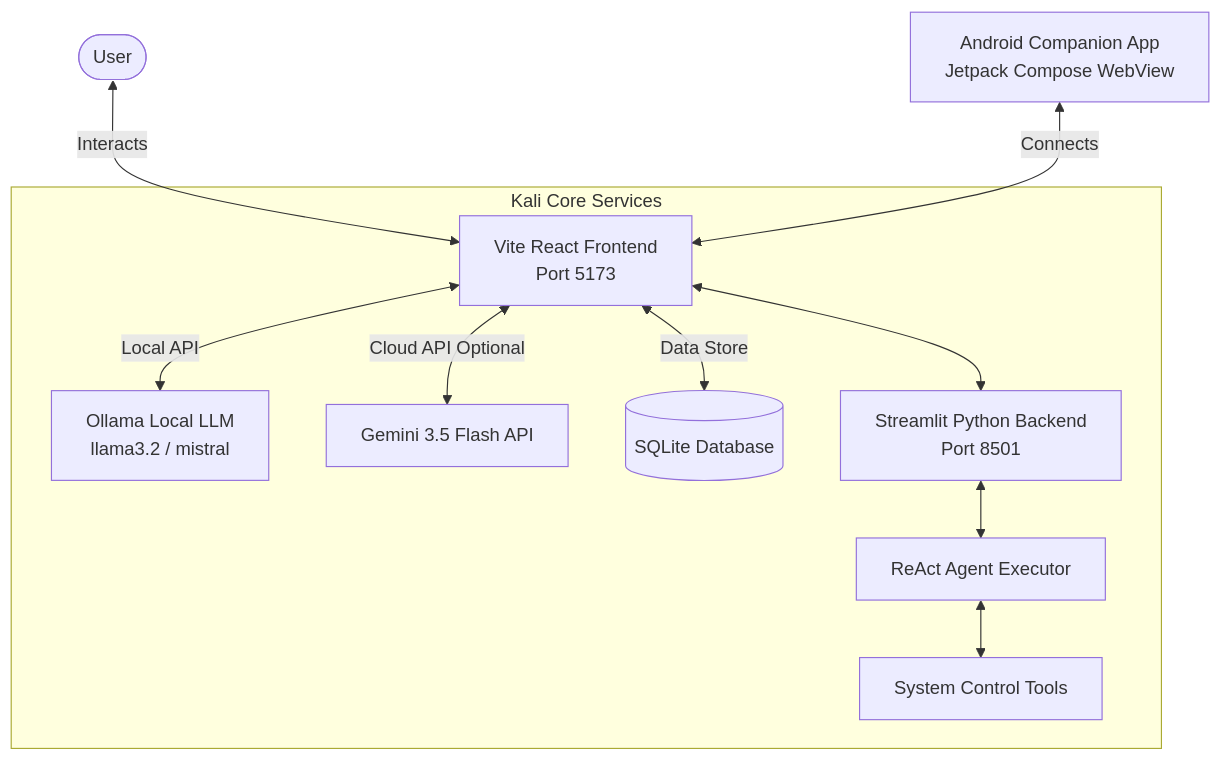
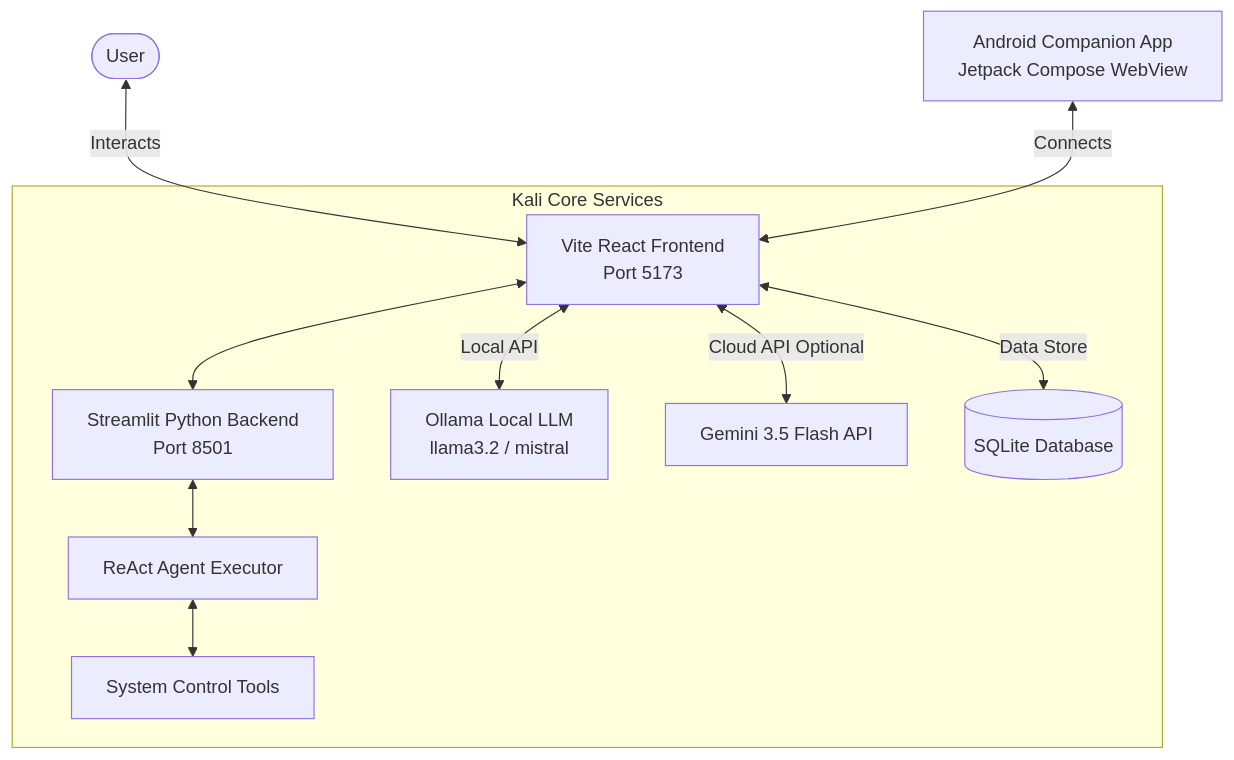
The diagram in README.md (mrlvuruk-stack/kali.ai), drawn with Mermaid before and after one commit.

Commit message:
fix: reorganize Mermaid nodes inside subgraph to avoid layout routing conflict

````diff
--- a/README.md
+++ b/README.md
@@ -16,15 +16,22 @@
 ```mermaid
 graph TD
-    User([User]) <--> |Interacts| ReactApp[Vite React Frontend<br>Port 5173]
+    User([User]) <--> |Interacts| ReactApp
     AndroidApp[Android Companion App<br>Jetpack Compose WebView] <--> |Connects| ReactApp
-    
-    subgraph backend ["Kali Core Services"]
-        ReactApp <--> |Local API| Ollama[Ollama Local LLM<br>llama3.2 / mistral]
-        ReactApp <--> |Cloud API Optional| Gemini[Gemini 3.5 Flash API]
-        ReactApp <--> |Data Store| SQLite[("SQLite Database")]
-        
-        ReactApp <--> PyBackend[Streamlit Python Backend<br>Port 8501]
-        PyBackend <--> Agent[ReAct Agent Executor]
-        Agent <--> Tools[System Control Tools]
+
+    subgraph Core ["Kali Core Services"]
+        ReactApp[Vite React Frontend<br>Port 5173]
+        PyBackend[Streamlit Python Backend<br>Port 8501]
+        Ollama[Ollama Local LLM<br>llama3.2 / mistral]
+        Gemini[Gemini 3.5 Flash API]
+        SQLite[("SQLite Database")]
+        Agent[ReAct Agent Executor]
+        Tools[System Control Tools]
+
+        ReactApp <--> |Local API| Ollama
+        ReactApp <--> |Cloud API Optional| Gemini
+        ReactApp <--> |Data Store| SQLite
+        ReactApp <--> PyBackend
+        PyBackend <--> Agent
+        Agent <--> Tools
     end
 ```
````
